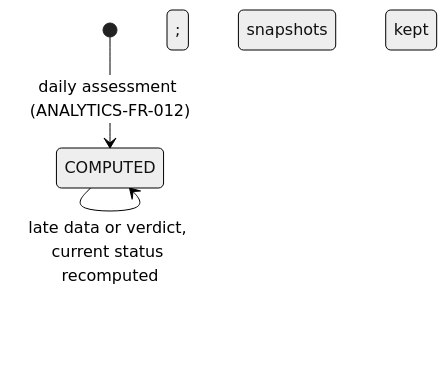
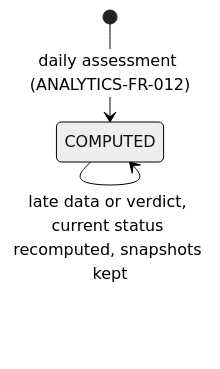
One commit to NBao261/SwiftletCare_KLTN changed diagram 19 of 35 in docs/reports/report4-sdd.md. Above: the diagram before and after it, drawn with Mermaid (neutral theme). The commit also changed other lines of this file and 1 other file, not shown here.

Commit message:
docs(srs): fix the state diagram that did not render and note the database script gap
Semicolons in two SM-17 transition labels ended the Mermaid statement; all 36 diagrams of
Reports 3 and 4 now parse. G-14 names the collections designed in the ERD but not yet in the
generated database script (G-10, G-11).

````diff
--- a/docs/reports/report4-sdd.md
+++ b/docs/reports/report4-sdd.md
@@ -973,5 +973,5 @@
 ```mermaid
 stateDiagram-v2
   [*] --> COMPUTED : daily assessment (ANALYTICS-FR-012)
-  COMPUTED --> COMPUTED : late data or verdict, current status recomputed; snapshots kept
+  COMPUTED --> COMPUTED : late data or verdict, current status recomputed, snapshots kept
 ```
````
